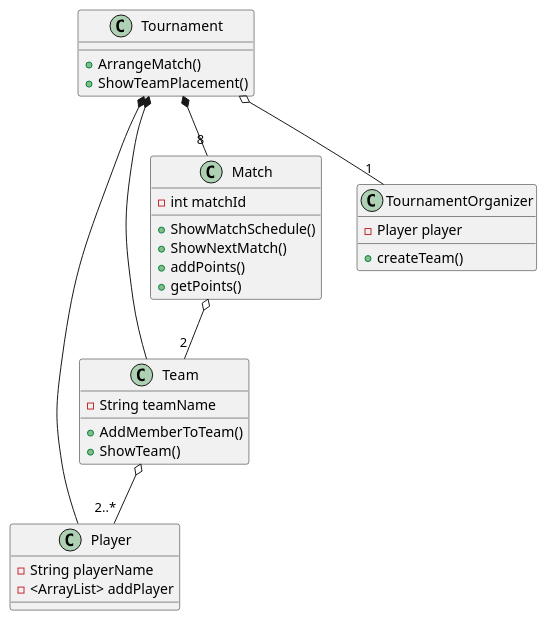
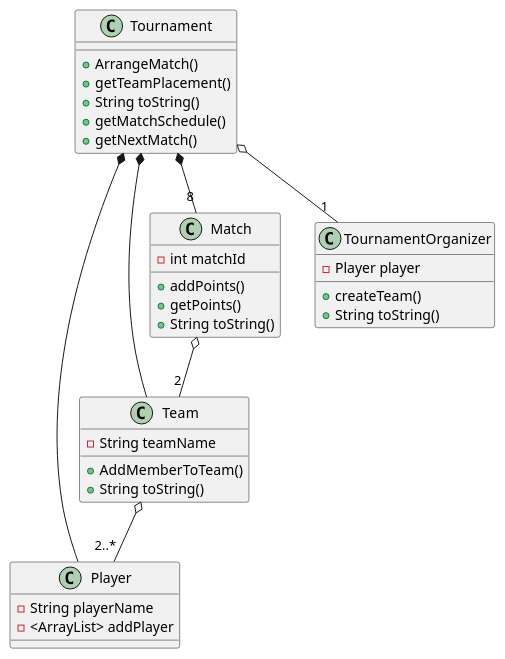
The diagram in doc/Class.puml (DeRp-DaWg/SP3), drawn with PlantUML before and after one commit.

```diff
--- a/doc/Class.puml
+++ b/doc/Class.puml
@@ -1,40 +1,43 @@
 @startuml
 'https://plantuml.com/class-diagram
 
 class Player {
 -String playerName
 -<ArrayList> addPlayer
 }
 
 class Team {
 -String teamName
 +AddMemberToTeam()
-+ShowTeam()
++String toString()
 }
 
-class Match {
+class Match{
 -int matchId
-+ShowMatchSchedule()
-+ShowNextMatch()
 +addPoints()
 +getPoints()
++String toString()
 }
 
 class Tournament {
 +ArrangeMatch()
-+ShowTeamPlacement()
++getTeamPlacement()
++String toString()
++getMatchSchedule()
++getNextMatch()
 }
 
 class TournamentOrganizer {
 -Player player
 +createTeam()
++String toString()
 }
 
 Tournament o-- "1" TournamentOrganizer
 Tournament *-- "8" Match
 Tournament *-- Player
 Tournament *-- Team
 Match o-- "2" Team
 Team o-- "2..*" Player
 
 @enduml
```
